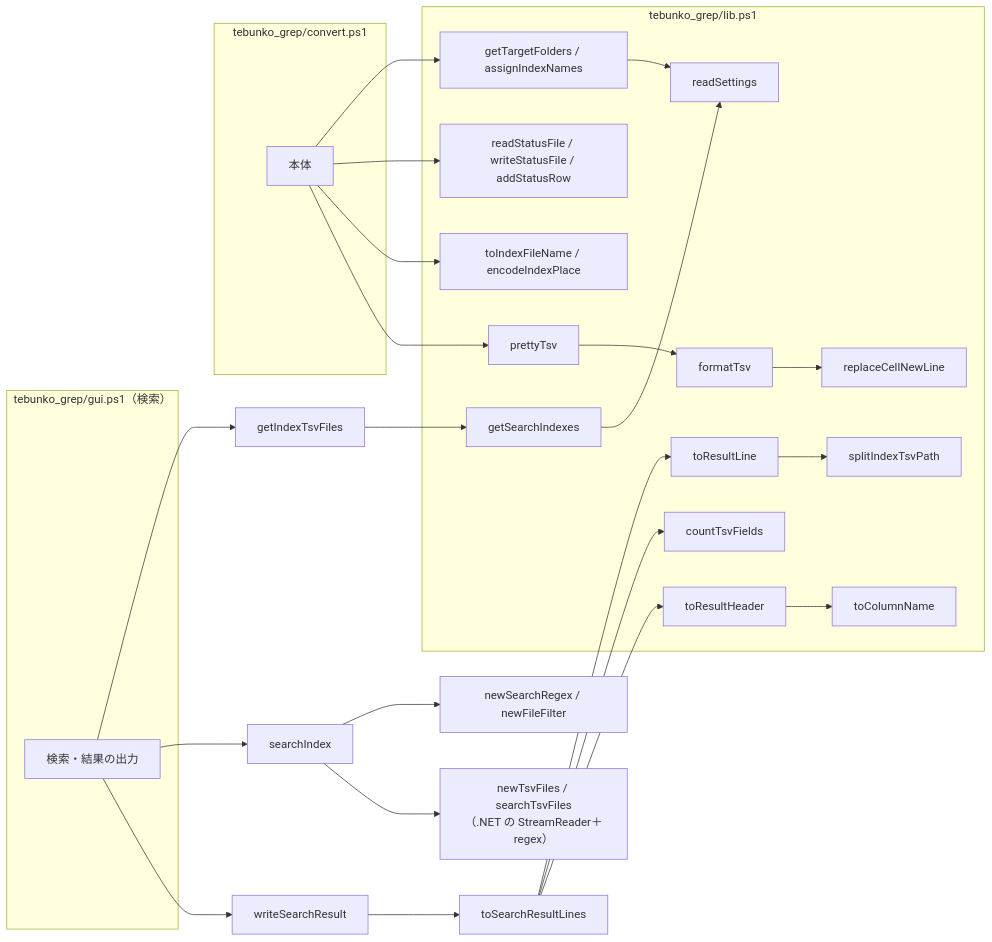
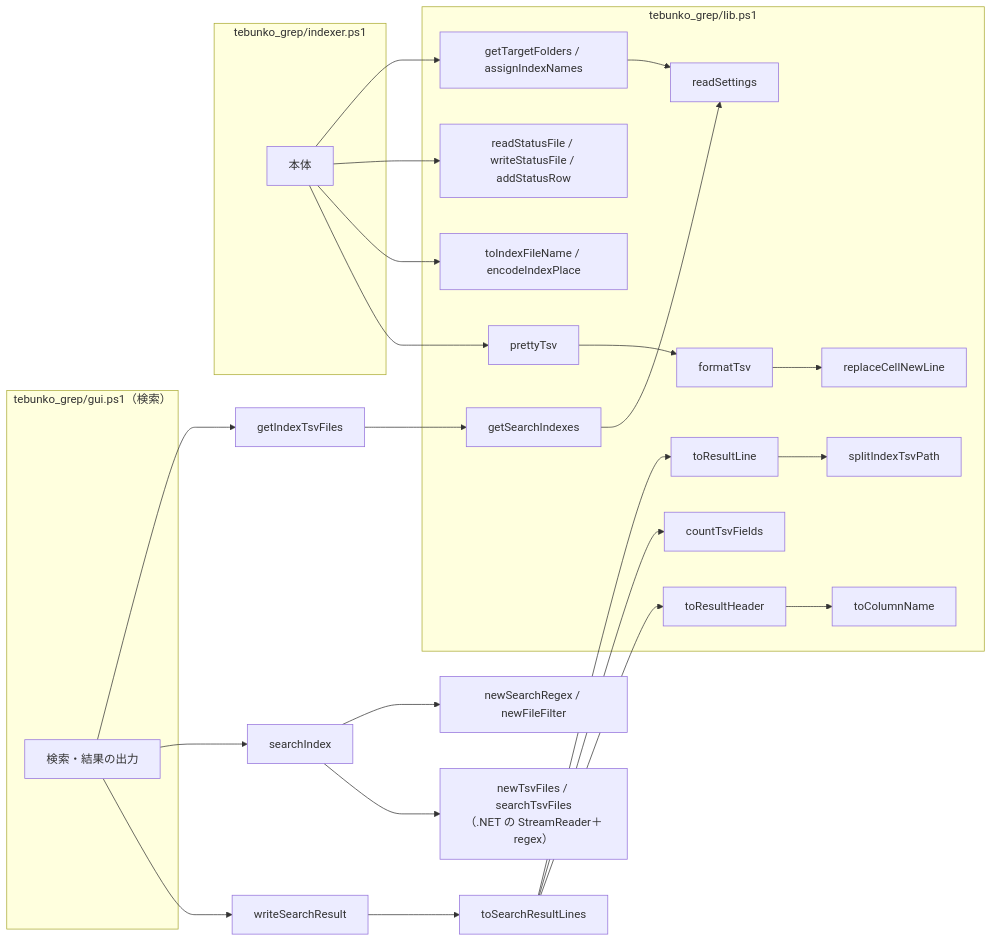
One commit to hsgwa/tebunko changed the first of 2 diagrams in docs/00_共通_2_共通モジュール.md. Above: the diagram before and after it, drawn with Mermaid. The commit also changed other lines of this file and 98 other files, not shown here.

````diff
--- a/docs/00_共通_2_共通モジュール.md
+++ b/docs/00_共通_2_共通モジュール.md
@@ -147,37 +147,37 @@
 ```mermaid
 flowchart LR
-    subgraph OTS["tebunko_grep/convert.ps1"]
+    subgraph OTS["tebunko_grep/indexer.ps1"]
         OT["本体"]
     end
     subgraph GRS["tebunko_grep/gui.ps1（検索）"]
         GR["検索・結果の出力"]
     end
     subgraph CMS["tebunko_grep/lib.ps1"]
         RCL["readSettings"]
         RSF["readStatusFile / writeStatusFile / addStatusRow"]
         GTF["getTargetFolders / assignIndexNames"]
         GIF["getSearchIndexes"]
         TSF["toIndexFileName / encodeIndexPlace"]
         RNL["replaceCellNewLine"]
         FT["formatTsv"]
         PT["prettyTsv"]
         SIF["splitIndexTsvPath"]
         TRL["toResultLine"]
         CTF["countTsvFields"]
         TRH["toResultHeader"]
         TCN["toColumnName"]
     end
 
     OT --> GTF --> RCL
     OT --> RSF
     OT --> TSF
     OT --> PT --> FT --> RNL
     GR --> ITF["getIndexTsvFiles"] --> GIF --> RCL
     GR --> SI["searchIndex"]
     SI --> NSR["newSearchRegex / newFileFilter"]
     SI --> STF["newTsvFiles / searchTsvFiles<br>（.NET の StreamReader＋regex）"]
     GR --> WSR["writeSearchResult"] --> TSR["toSearchResultLines"]
     TSR --> TRL --> SIF
     TSR --> CTF
     TSR --> TRH --> TCN
 ```
````
